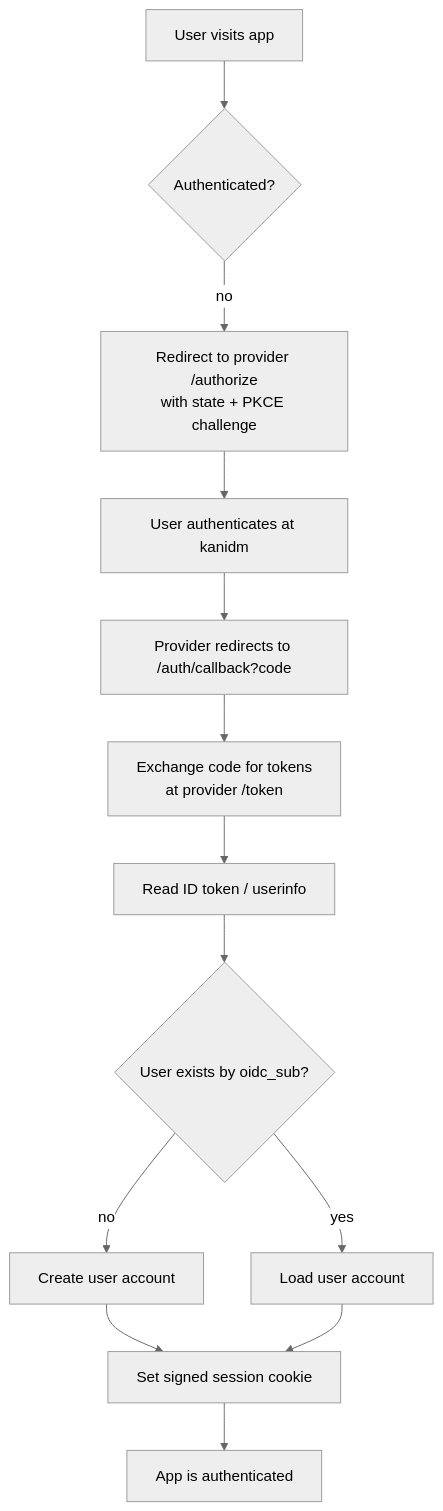
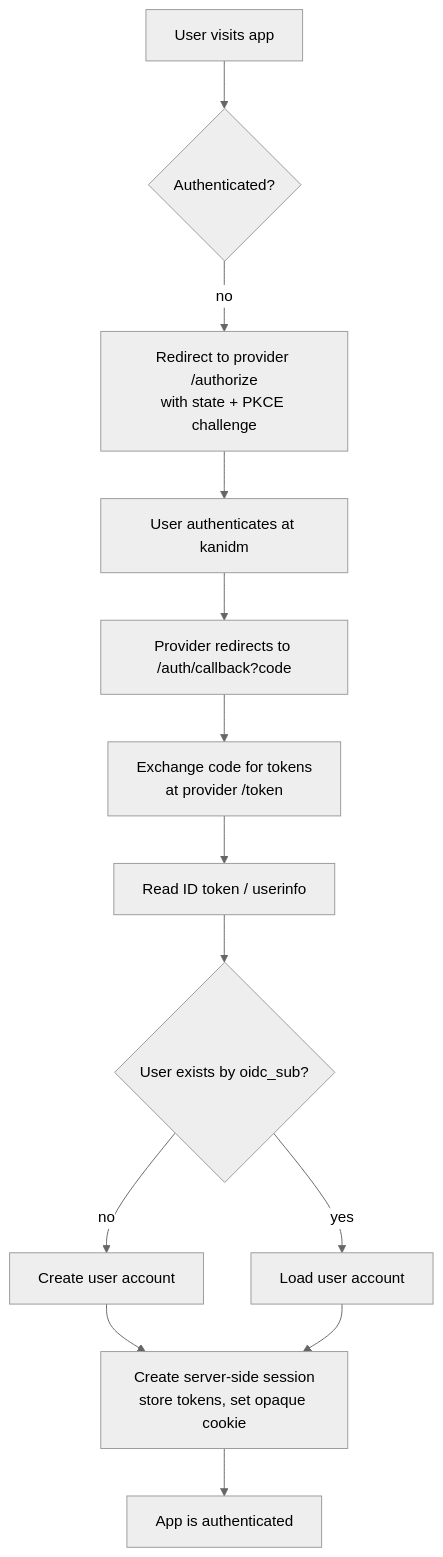
Before and after one commit to ByteSquire/web-calendar: the third of 4 diagrams in docs/design.md, drawn with Mermaid (neutral theme). The commit also changed other lines of this file and 11 other files, not shown here.

````diff
--- a/docs/design.md
+++ b/docs/design.md
@@ -167,15 +189,15 @@
 ```mermaid
 graph TD
     A[User visits app] --> B{Authenticated?}
     B -->|no| C[Redirect to provider /authorize<br/>with state + PKCE challenge]
     C --> D[User authenticates at kanidm]
     D --> E[Provider redirects to /auth/callback?code]
     E --> F[Exchange code for tokens<br/>at provider /token]
     F --> G[Read ID token / userinfo]
     G --> H{User exists by oidc_sub?}
     H -->|no| I[Create user account]
     H -->|yes| J[Load user account]
-    I --> K[Set signed session cookie]
+    I --> K[Create server-side session<br/>store tokens, set opaque cookie]
     J --> K
     K --> L[App is authenticated]
 ```
````
